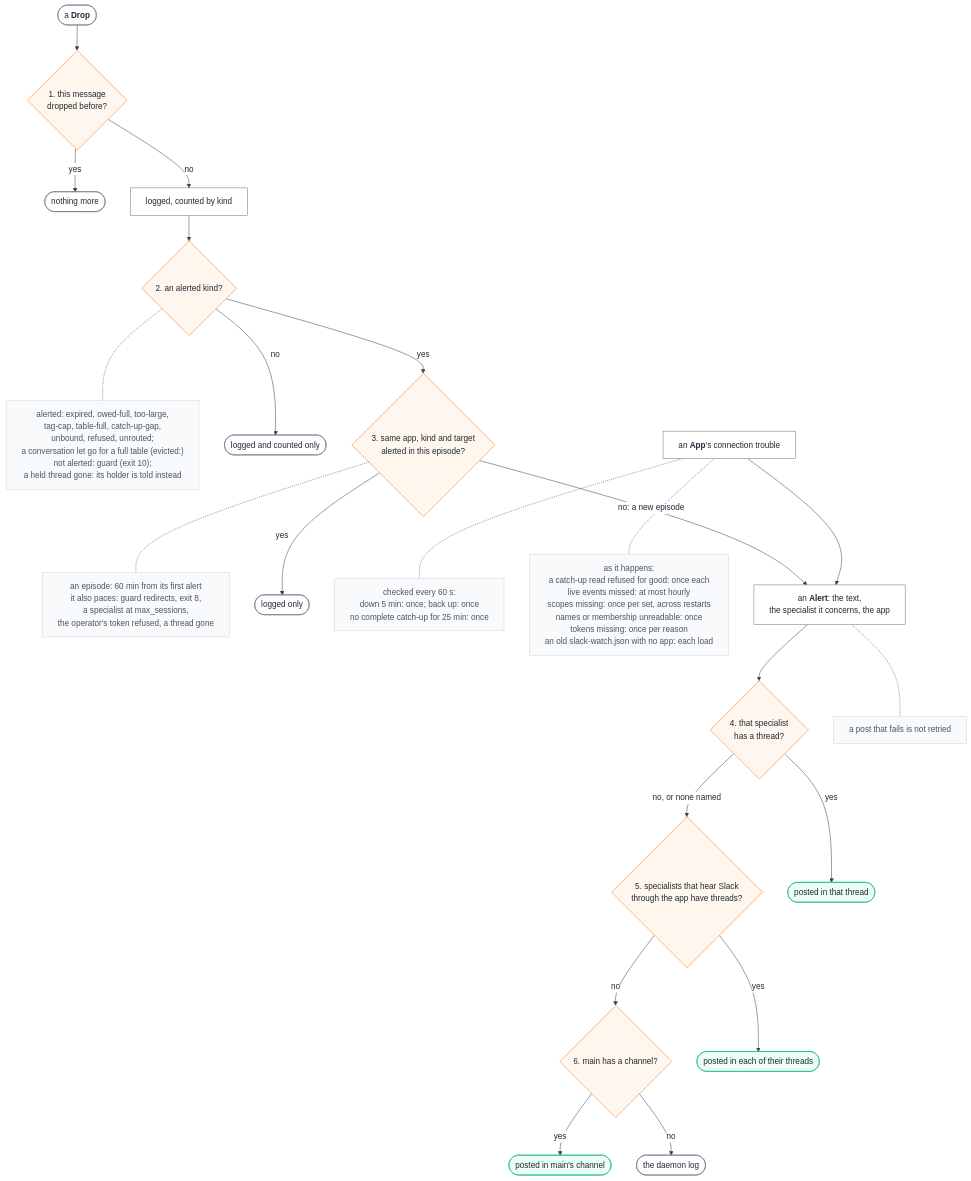
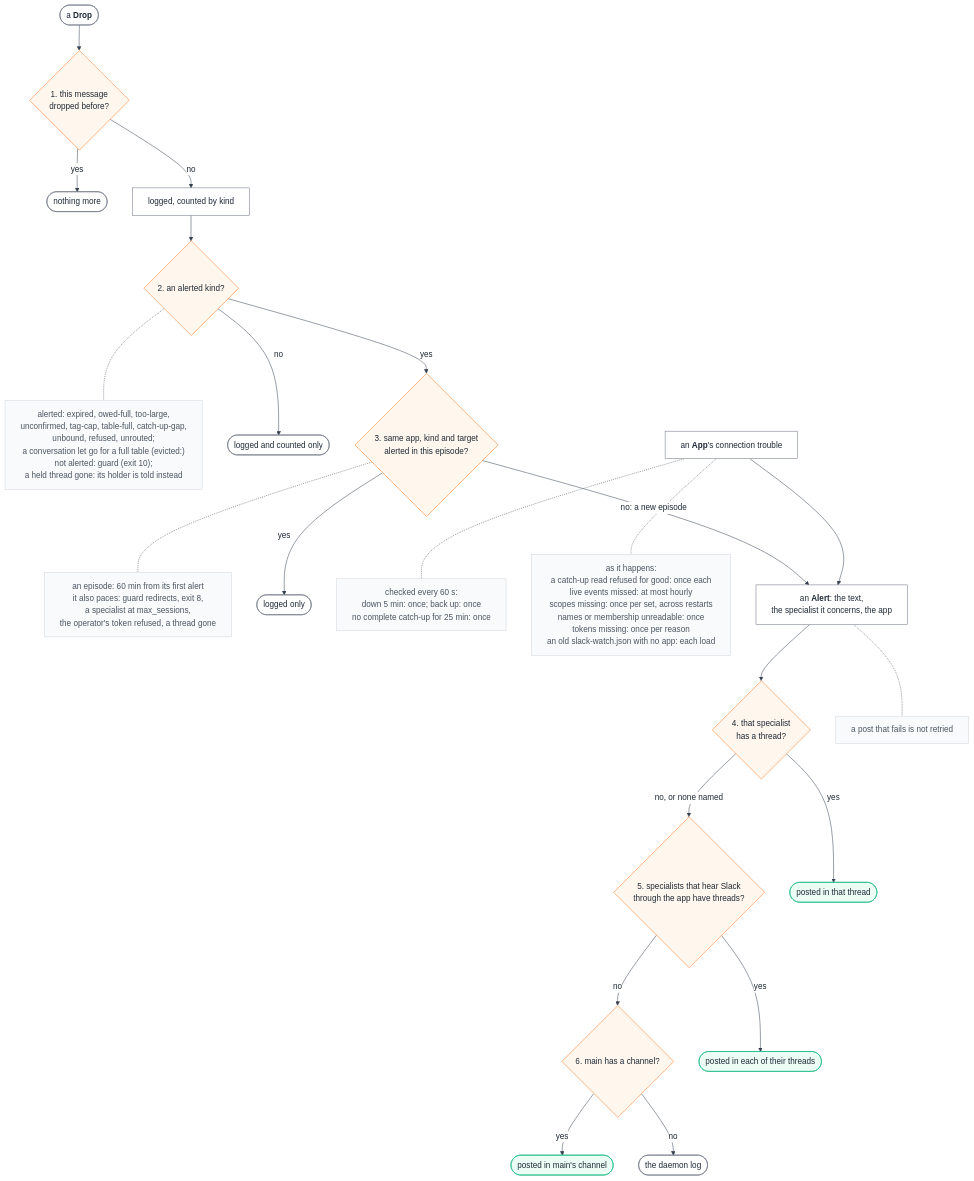
Before and after one commit to sf8193/hydra: the diagram in diagrams/flow-slack-alert.mmd, drawn with Mermaid. The commit also changed 23 other files, not shown here.

```diff
--- a/diagrams/flow-slack-alert.mmd
+++ b/diagrams/flow-slack-alert.mmd
@@ -1,59 +1,59 @@
 %%{init: {"theme":"base","themeVariables":{"background":"#ffffff","primaryColor":"#ffffff","primaryBorderColor":"#6b7280","primaryTextColor":"#1f2937","lineColor":"#374151","clusterBkg":"#ffffff","clusterBorder":"#d1d5db"},"flowchart":{"wrappingWidth":420,"useMaxWidth":false}}}%%
 %% When the Slack connector drops a message or a connection goes wrong, who is told, where, and how often?
 %% Drops: ConversationTable.drop, connectors/slack/watch.ts:979; alertOnce, :995. Health: SlackListener.checkAlerts, connectors/slack/listener.ts:747.
 %% Where it posts: alert, connectors/slack/runtime.ts:85.
 flowchart TD
   drop(["a <b>Drop</b>"])
   g1{"1. this message<br/>dropped before?"}
   nothing(["nothing more"])
   log["logged, counted by kind"]
   g2{"2. an alerted kind?"}
-  n2["alerted: expired, owed-full, too-large,<br/>tag-cap, table-full, catch-up-gap,<br/>unbound, refused, unrouted;<br/>a conversation let go for a full table (evicted:)<br/>not alerted: guard (exit 10);<br/>a held thread gone: its holder is told instead"]
+  n2["alerted: expired, owed-full, too-large,<br/>unconfirmed, tag-cap, table-full, catch-up-gap,<br/>unbound, refused, unrouted;<br/>a conversation let go for a full table (evicted:)<br/>not alerted: guard (exit 10);<br/>a held thread gone: its holder is told instead"]
   quiet(["logged and counted only"])
   g3{"3. same app, kind and target<br/>alerted in this episode?"}
   n3["an episode: 60 min from its first alert<br/>it also paces: guard redirects, exit 8,<br/>a specialist at max_sessions,<br/>the operator's token refused, a thread gone"]
   inep(["logged only"])
 
   health["an <b>App</b>'s connection trouble"]
   nh["checked every 60 s:<br/>down 5 min: once; back up: once<br/>no complete catch-up for 25 min: once"]
   ne["as it happens:<br/>a catch-up read refused for good: once each<br/>live events missed: at most hourly<br/>scopes missing: once per set, across restarts<br/>names or membership unreadable: once<br/>tokens missing: once per reason<br/>an old slack-watch.json with no app: each load"]
 
   alert["an <b>Alert</b>: the text,<br/>the specialist it concerns, the app"]
   g4{"4. that specialist<br/>has a thread?"}
   g5{"5. specialists that hear Slack<br/>through the app have threads?"}
   g6{"6. main has a channel?"}
   thread(["posted in that thread"])
   each(["posted in each of their threads"])
   mainch(["posted in main's channel"])
   stderr(["the daemon log"])
   nfail["a post that fails is not retried"]
 
   drop --> g1
   g1 -->|yes| nothing
   g1 -->|no| log --> g2
   g2 -.- n2
   g2 -->|no| quiet
   g2 -->|yes| g3
   g3 -.- n3
   g3 -->|yes| inep
   g3 -->|"no: a new episode"| alert
   health -.- nh
   health -.- ne
   health --> alert
   alert --> g4
   g4 -->|yes| thread
   g4 -->|"no, or none named"| g5
   g5 -->|yes| each
   g5 -->|no| g6
   g6 -->|yes| mainch
   g6 -->|no| stderr
   alert -.- nfail
 
   classDef gate fill:#fff7ed,stroke:#f97316,color:#1f2937
   classDef stop fill:#fef2f2,stroke:#ef4444,color:#1f2937
   classDef wait fill:#f3f4f6,stroke:#9ca3af,color:#1f2937
   classDef done fill:#ecfdf5,stroke:#10b981,color:#1f2937
   classDef note fill:#f9fafb,stroke:#d1d5db,color:#4b5563
   class g1,g2,g3,g4,g5,g6 gate
   class thread,each,mainch done
   class n2,n3,nh,ne,nfail note
```
